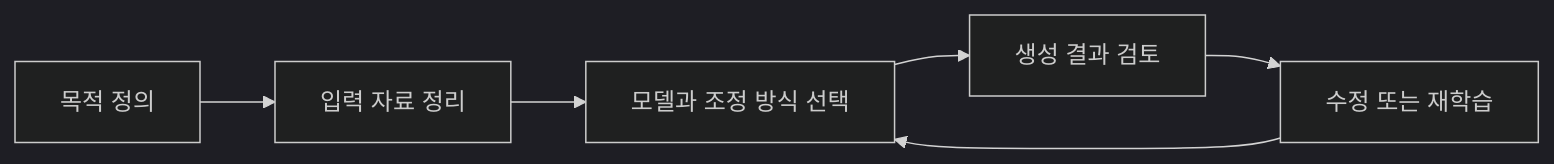
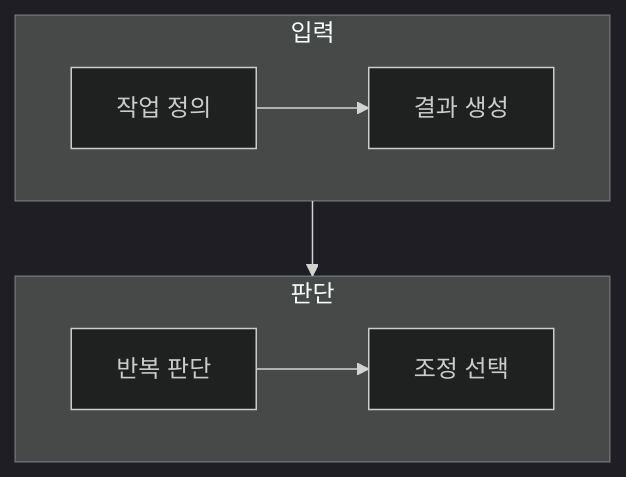
Before and after one commit to umyunsang/edu: the diagram in ComputerScience/03_ai-ml-data/generative-ai-fine-tuning/notes/01. 생성형 AI와 파인튜닝.md, drawn with Mermaid (dark theme). The commit also changed other lines of this file and 9 other files, not shown here.

````diff
--- a/ComputerScience/03_ai-ml-data/generative-ai-fine-tuning/notes/01. 생성형 AI와 파인튜닝.md
+++ b/ComputerScience/03_ai-ml-data/generative-ai-fine-tuning/notes/01. 생성형 AI와 파인튜닝.md
@@ -63,8 +24,12 @@
 ```mermaid
-flowchart LR
-    A["목적 정의"] --> B["입력 자료 정리"]
-    B --> C["모델과 조정 방식 선택"]
-    C --> D["생성 결과 검토"]
-    D --> E["수정 또는 재학습"]
-    E --> C
+flowchart TB
+    subgraph Input[입력]
+        direction LR
+        A[작업 정의] --> B[결과 생성]
+    end
+    subgraph Decision[판단]
+        direction LR
+        C[반복 판단] --> D[조정 선택]
+    end
+    B --> C
 ```
````
